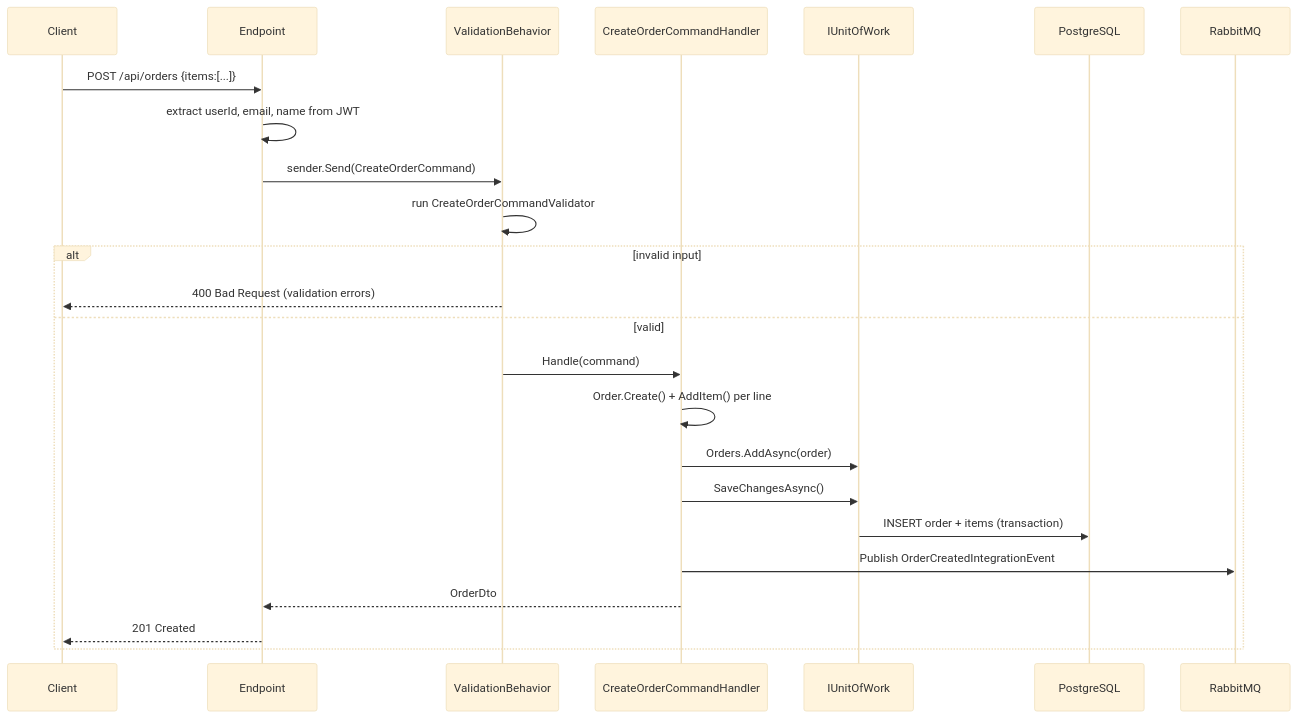
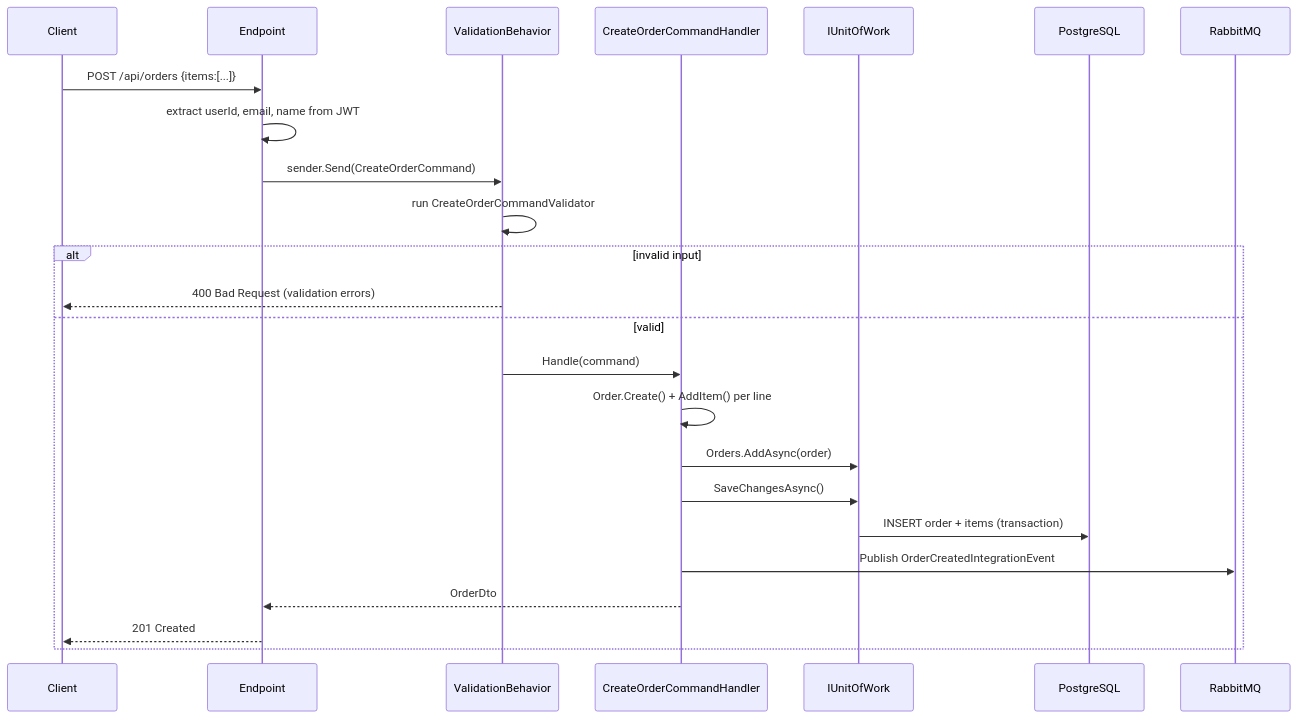
Before and after one commit to seesathish/AntKart-Src3: the fourth of 4 diagrams in docs/adr/ADR-010-CQRS-and-MediatR.md, drawn with Mermaid. The commit also changed other lines of this file and 7 other files, not shown here.

````diff
--- a/docs/adr/ADR-010-CQRS-and-MediatR.md
+++ b/docs/adr/ADR-010-CQRS-and-MediatR.md
@@ -244,28 +241,27 @@
 ```mermaid
-%%{init: {'theme': 'base', 'themeVariables': {'lineColor': '#888888'}}}%%
 sequenceDiagram
     participant C as Client
     participant EP as Endpoint
     participant VB as ValidationBehavior
     participant H as CreateOrderCommandHandler
     participant UoW as IUnitOfWork
     participant DB as PostgreSQL
     participant MQ as RabbitMQ
 
     C->>EP: POST /api/orders {items:[...]}
     EP->>EP: extract userId, email, name from JWT
     EP->>VB: sender.Send(CreateOrderCommand)
     VB->>VB: run CreateOrderCommandValidator
     alt invalid input
         VB-->>C: 400 Bad Request (validation errors)
     else valid
         VB->>H: Handle(command)
         H->>H: Order.Create() + AddItem() per line
         H->>UoW: Orders.AddAsync(order)
         H->>UoW: SaveChangesAsync()
         UoW->>DB: INSERT order + items (transaction)
         H->>MQ: Publish OrderCreatedIntegrationEvent
         H-->>EP: OrderDto
         EP-->>C: 201 Created
     end
 ```
````
